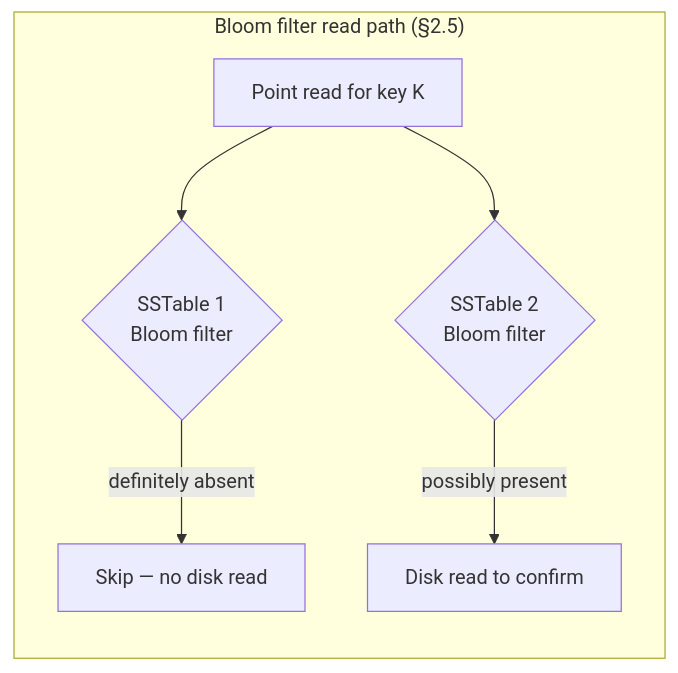
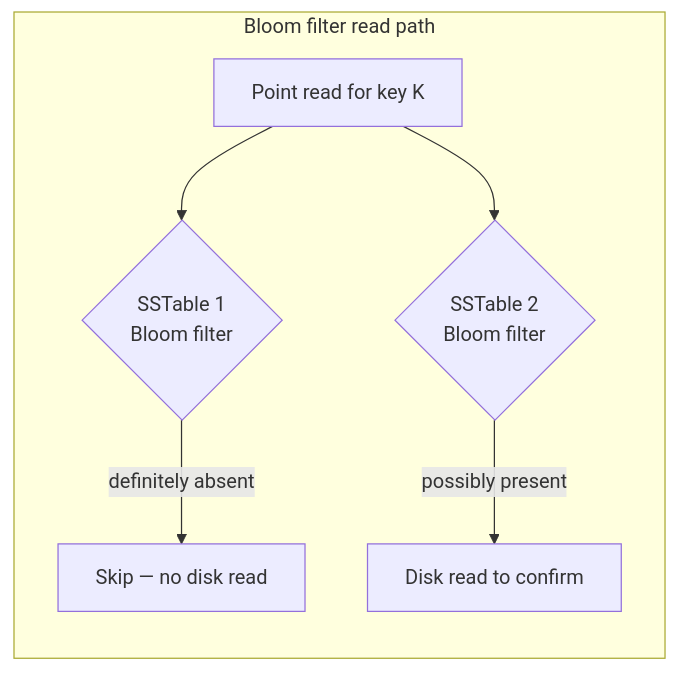
Before and after one commit to umashankarp/InterviewQuestions: the third of 4 diagrams in 16-Distributed-Systems/05-LSM-Trees-BTrees-BloomFilters-StorageEngines.md, drawn with Mermaid. The commit also changed other lines of this file and 173 other files, not shown here.

````diff
--- a/16-Distributed-Systems/05-LSM-Trees-BTrees-BloomFilters-StorageEngines.md
+++ b/16-Distributed-Systems/05-LSM-Trees-BTrees-BloomFilters-StorageEngines.md
@@ -86,9 +86,9 @@
 ```mermaid
 graph LR
-    subgraph "Bloom filter read path (§2.5)"
-        Read[Point read for key K] --> BF1{SSTable 1<br/>Bloom filter}
-        Read --> BF2{SSTable 2<br/>Bloom filter}
-        BF1 -->|definitely absent| Skip1[Skip — no disk read]
-        BF2 -->|possibly present| Disk2[Disk read to confirm]
-    end
+ subgraph "Bloom filter read path"
+ Read[Point read for key K] --> BF1{SSTable 1<br/>Bloom filter}
+ Read --> BF2{SSTable 2<br/>Bloom filter}
+ BF1 -->|definitely absent| Skip1[Skip — no disk read]
+ BF2 -->|possibly present| Disk2[Disk read to confirm]
+ end
 ```
````
